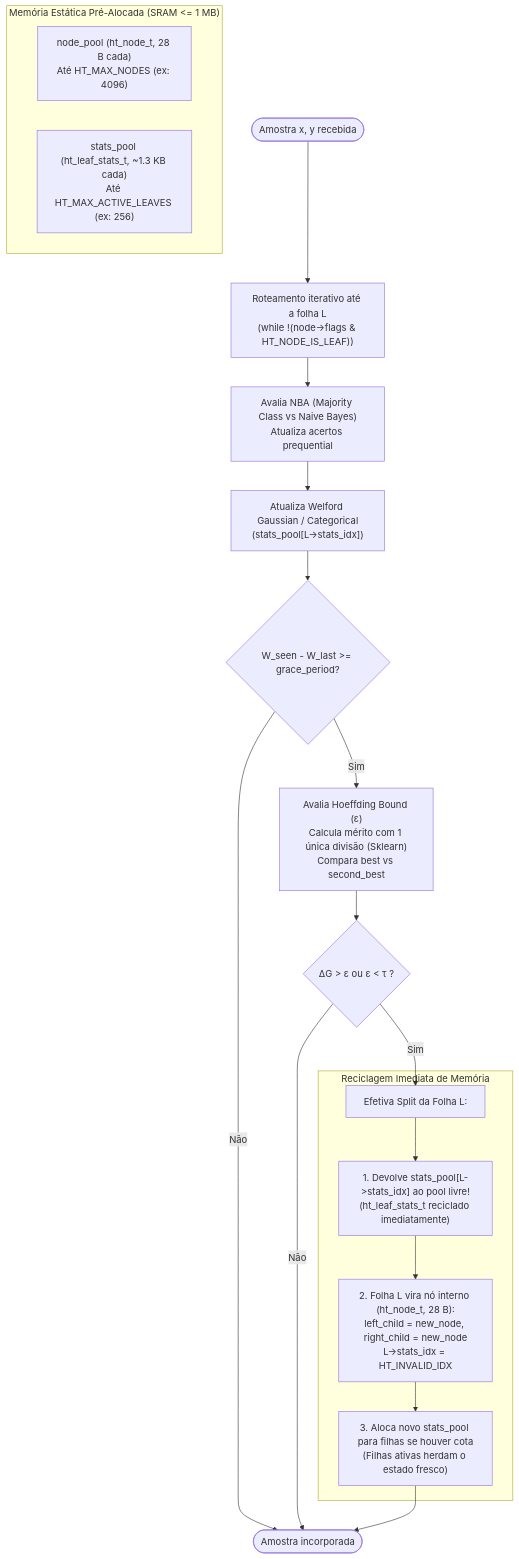
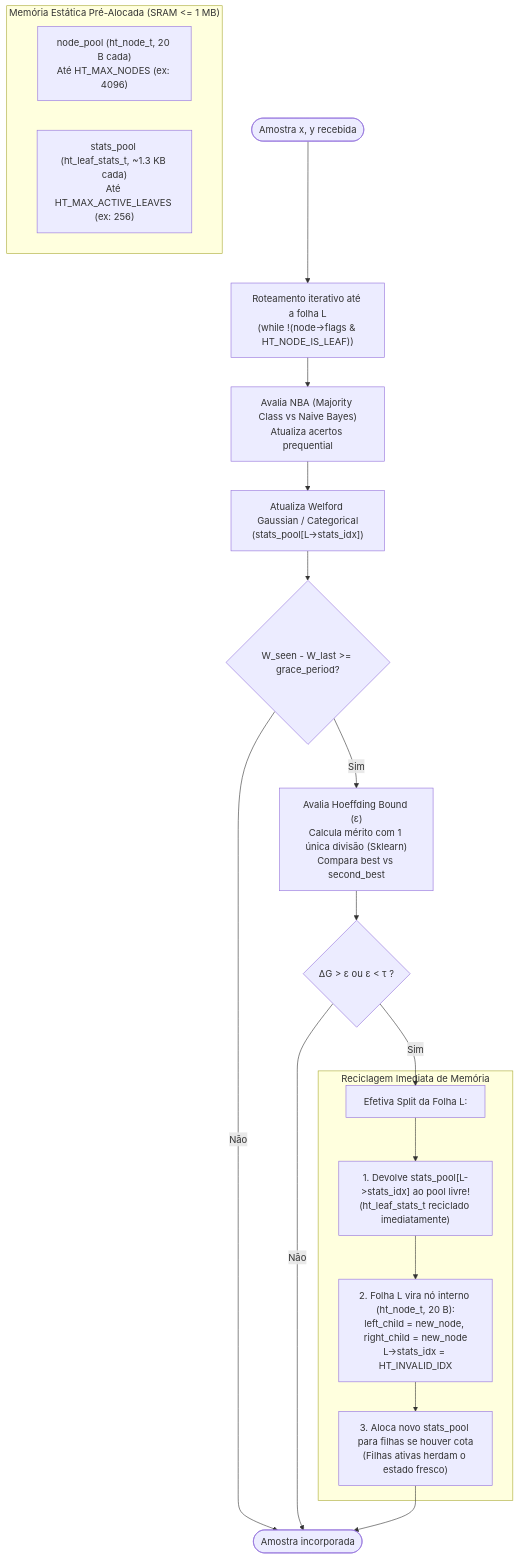
Before and after one commit to Julio-C-Oliveira/pessoal_minimal-decision-tree: the third of 3 diagrams in wiki/Origem-River-Scikit-Learn-e-Originalidade.md, drawn with Mermaid. The commit also changed other lines of this file and 8 other files, not shown here.

````diff
--- a/wiki/Origem-River-Scikit-Learn-e-Originalidade.md
+++ b/wiki/Origem-River-Scikit-Learn-e-Originalidade.md
@@ -273,28 +280,28 @@
 ```mermaid
 flowchart TD
     subgraph POOLS["Memória Estática Pré-Alocada (SRAM <= 1 MB)"]
         direction LR
-        NP["node_pool (ht_node_t, 28 B cada)\nAté HT_MAX_NODES (ex: 4096)"]
+        NP["node_pool (ht_node_t, 20 B cada)\nAté HT_MAX_NODES (ex: 4096)"]
         SP["stats_pool (ht_leaf_stats_t, ~1.3 KB cada)\nAté HT_MAX_ACTIVE_LEAVES (ex: 256)"]
     end
 
     START(["Amostra x, y recebida"]) --> ROUTE["Roteamento iterativo até a folha L\n(while !(node->flags & HT_NODE_IS_LEAF))"]
     ROUTE --> PREDICT["Avalia NBA (Majority Class vs Naive Bayes)\nAtualiza acertos prequential"]
     PREDICT --> UPDATE["Atualiza Welford Gaussian / Categorical\n(stats_pool[L->stats_idx])"]
     UPDATE --> GRACE{"W_seen - W_last >= grace_period?"}
     
     GRACE -- "Não" --> END(["Amostra incorporada"])
     GRACE -- "Sim" --> EVAL["Avalia Hoeffding Bound (ε)\nCalcula mérito com 1 única divisão (Sklearn)\nCompara best vs second_best"]
     
     EVAL --> SPLIT_DECISION{"ΔG > ε ou ε < τ ?"}
     SPLIT_DECISION -- "Não" --> END
     SPLIT_DECISION -- "Sim" --> SPLIT_EXEC["Efetiva Split da Folha L:"]
     
     subgraph RECYCLE["Reciclagem Imediata de Memória"]
         SPLIT_EXEC --> FREE_STATS["1. Devolve stats_pool[L->stats_idx] ao pool livre!\n(ht_leaf_stats_t reciclado imediatamente)"]
-        FREE_STATS --> MAKE_BRANCH["2. Folha L vira nó interno (ht_node_t, 28 B):\nleft_child = new_node, right_child = new_node\nL->stats_idx = HT_INVALID_IDX"]
+        FREE_STATS --> MAKE_BRANCH["2. Folha L vira nó interno (ht_node_t, 20 B):\nleft_child = new_node, right_child = new_node\nL->stats_idx = HT_INVALID_IDX"]
         MAKE_BRANCH --> ALLOC_CHILDREN["3. Aloca novo stats_pool para filhas se houver cota\n(Filhas ativas herdam o estado fresco)"]
     end
     
     ALLOC_CHILDREN --> END
 ```
````
